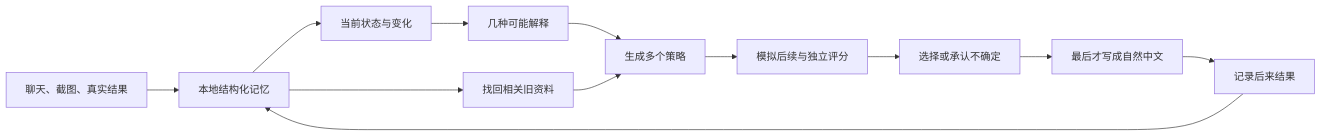
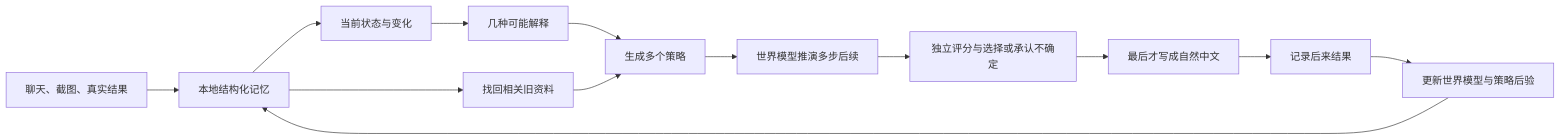
Before and after one commit to shoal-rat/dianzi-junshi: the diagram in README.md, drawn with Mermaid. The commit also changed other lines of this file and 19 other files, not shown here.

````diff
--- a/README.md
+++ b/README.md
@@ -57,14 +57,15 @@
 ```mermaid
 flowchart LR
   A[聊天、截图、真实结果] --> B[本地结构化记忆]
   B --> C[当前状态与变化]
   C --> D[几种可能解释]
   B --> E[找回相关旧资料]
   D --> F[生成多个策略]
   E --> F
-  F --> G[模拟后续与独立评分]
-  G --> H[选择或承认不确定]
+  F --> G[世界模型推演多步后续]
+  G --> H[独立评分与选择或承认不确定]
   H --> I[最后才写成自然中文]
   I --> J[记录后来结果]
-  J --> B
+  J --> K[更新世界模型与策略后验]
+  K --> B
 ```
````
